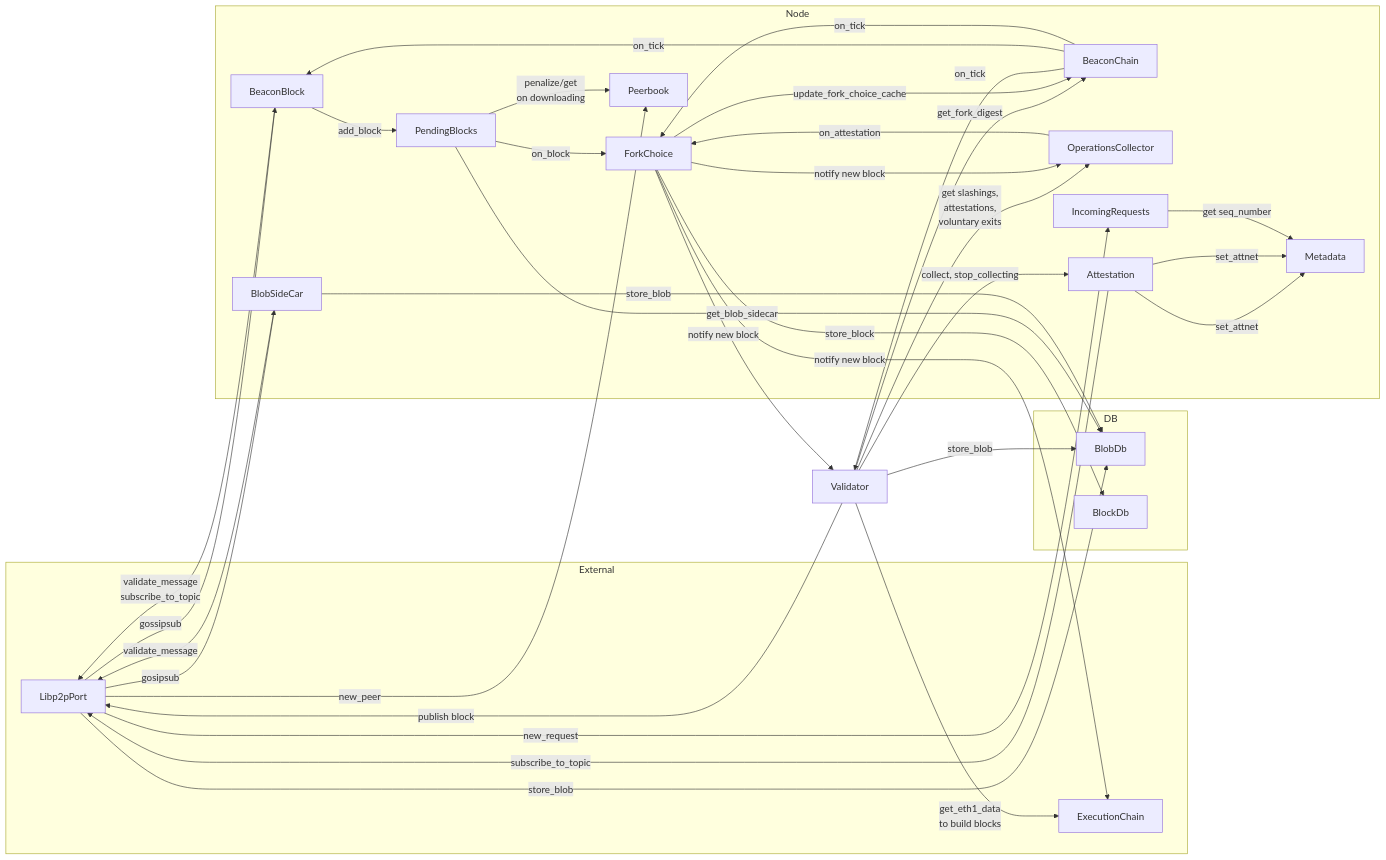
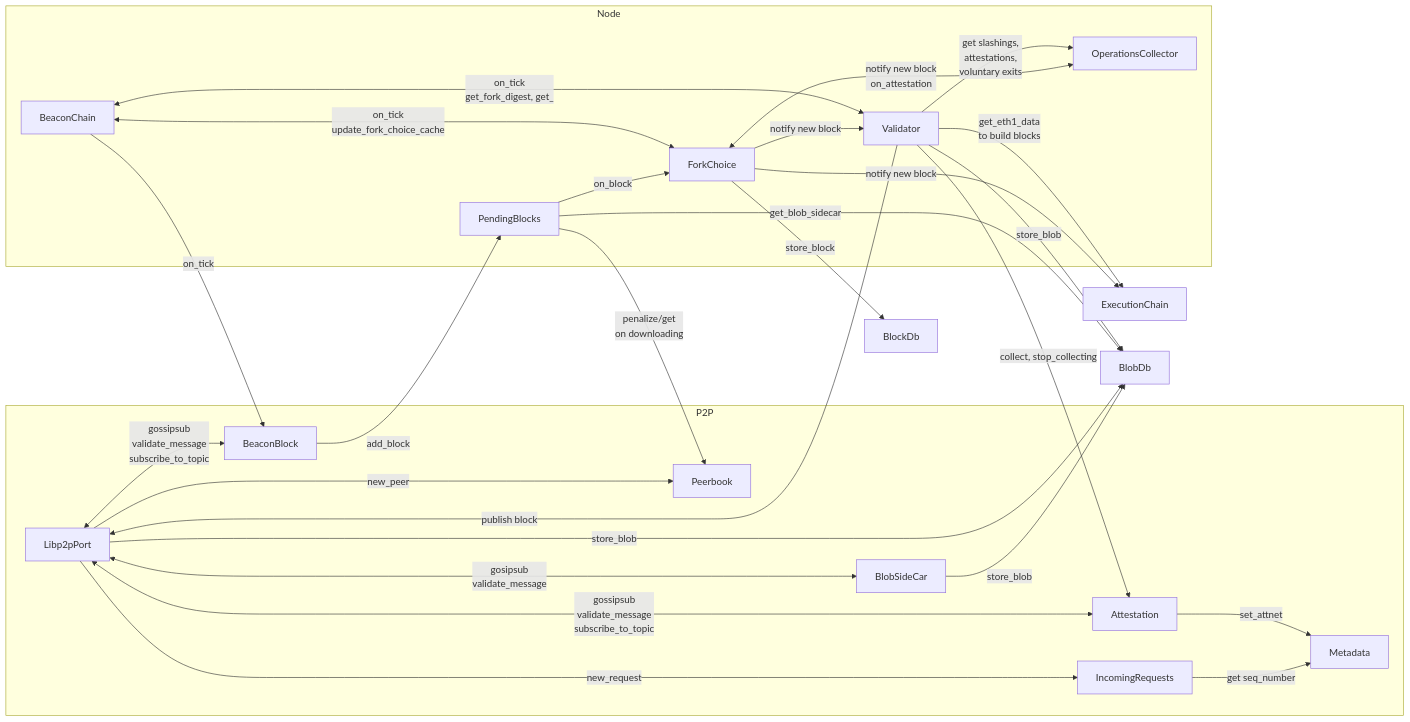
The second of 4 diagrams in docs/architecture.md (lambdaclass/lambda_ethereum_consensus), drawn with Mermaid before and after one commit.

Commit message:
Add more connections and divide node and p2p processes

````diff
--- a/docs/architecture.md
+++ b/docs/architecture.md
@@ -53,58 +53,52 @@
 ```mermaid
 graph LR
 
-subgraph "External"
-Libp2pPort
 ExecutionChain
-end
 
-subgraph "DB"
 BlobDb
 BlockDb
+
+subgraph "P2P"
+    Libp2pPort
+    Peerbook
+    IncomingRequests
+    Attestation
+    BeaconBlock
+    BlobSideCar
+    Metadata
 end
 
 subgraph "Node"
-BeaconChain
-ForkChoice
-PendingBlocks
-OperationsCollector
-BlobSideCar
-Attestation
-BeaconBlock
-Peerbook
-IncomingRequests
-Metadata
+    Validator
+    BeaconChain
+    ForkChoice
+    PendingBlocks
+    OperationsCollector
 end
 
-BeaconChain -->|on_tick| Validator
+BeaconChain <-->|on_tick <br> get_fork_digest, get_| Validator
 BeaconChain -->|on_tick| BeaconBlock
-BeaconChain -->|on_tick| ForkChoice
+BeaconChain <-->|on_tick <br> update_fork_choice_cache| ForkChoice
 BeaconBlock -->|add_block| PendingBlocks
-BeaconBlock -->|validate_message<br> subscribe_to_topic| Libp2pPort
 Validator -->|get_eth1_data <br>to build blocks| ExecutionChain
-Validator -->|get_fork_digest| BeaconChain
 Validator -->|publish block| Libp2pPort
 Validator -->|collect, stop_collecting| Attestation
 Validator -->|get slashings, <br>attestations,<br> voluntary exits|OperationsCollector
 Validator -->|store_blob| BlobDb
 ForkChoice -->|notify new block|Validator
-ForkChoice -->|notify new block|OperationsCollector
+ForkChoice <-->|notify new block <br> on_attestation|OperationsCollector
 ForkChoice -->|notify new block|ExecutionChain
-ForkChoice -->|update_fork_choice_cache| BeaconChain
 ForkChoice -->|store_block| BlockDb
 PendingBlocks -->|on_block| ForkChoice
 PendingBlocks -->|get_blob_sidecar|BlobDb
-OperationsCollector -->|on_attestation| ForkChoice
-Libp2pPort -->|gosipsub| BlobSideCar
-Libp2pPort -->|gossipsub| BeaconBlock
+Libp2pPort <-->|gosipsub <br> validate_message| BlobSideCar
+Libp2pPort <-->|gossipsub <br> validate_message<br> subscribe_to_topic| BeaconBlock
+Libp2pPort <-->|gossipsub <br> validate_message<br> subscribe_to_topic| Attestation
 Libp2pPort -->|store_blob| BlobDb
 Libp2pPort -->|new_peer| Peerbook
-BlobSideCar -->|validate_message| Libp2pPort
 BlobSideCar -->|store_blob| BlobDb
-Attestation -->|subscribe_to_topic|Libp2pPort
-Attestation -->|set_attnet|Metadata
 Attestation -->|set_attnet|Metadata
 IncomingRequests -->|get seq_number|Metadata
 PendingBlocks -->|penalize/get<br>on downloading|Peerbook
 Libp2pPort -->|new_request| IncomingRequests
 ```
````
